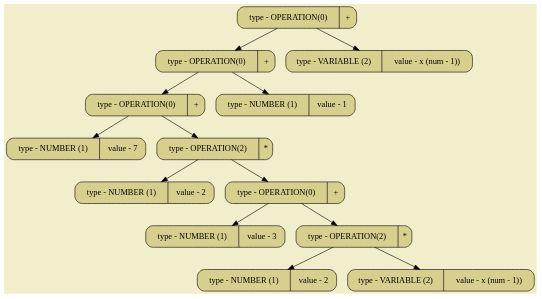
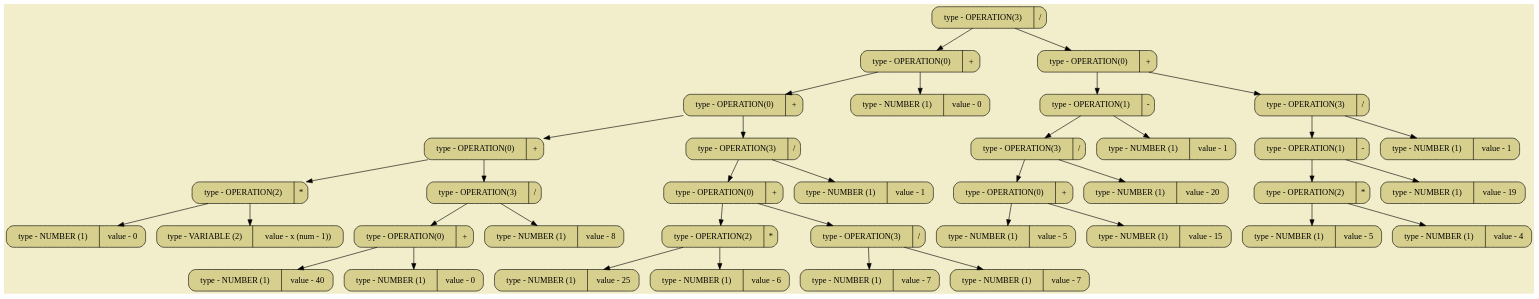
The diagram in pictures/image02.dot (SashaKhaytina/Differenciator), drawn with Graphviz before and after one commit. The commit also changed 17 other files, not shown here.

```diff
--- a/pictures/image02.dot
+++ b/pictures/image02.dot
@@ -1,30 +1,78 @@
 digraph
 {
 bgcolor="#F2EECB";
 rankdir = TB;
-POINT_0x59bed1ea46e8[shape=Mrecord, label = "type - OPERATION(0) | +", style="filled",fillcolor="#D7CF8D"]
-POINT_0x59bed1ea46b8[shape=Mrecord, label = "type - OPERATION(0) | +", style="filled",fillcolor="#D7CF8D"]
-POINT_0x59bed1ea4568[shape=Mrecord, label = "type - OPERATION(0) | +", style="filled",fillcolor="#D7CF8D"]
-POINT_0x59bed1ea44a8[shape=Mrecord, label = "type - NUMBER (1) | value - 7", style="filled",fillcolor="#D7CF8D"]
-POINT_0x59bed1ea4598[shape=Mrecord, label = "type - OPERATION(2) | *", style="filled",fillcolor="#D7CF8D"]
-POINT_0x59bed1ea4580[shape=Mrecord, label = "type - NUMBER (1) | value - 2", style="filled",fillcolor="#D7CF8D"]
-POINT_0x59bed1ea45e0[shape=Mrecord, label = "type - OPERATION(0) | +", style="filled",fillcolor="#D7CF8D"]
-POINT_0x59bed1ea45c8[shape=Mrecord, label = "type - NUMBER (1) | value - 3", style="filled",fillcolor="#D7CF8D"]
-POINT_0x59bed1ea4670[shape=Mrecord, label = "type - OPERATION(2) | *", style="filled",fillcolor="#D7CF8D"]
-POINT_0x59bed1ea4610[shape=Mrecord, label = "type - NUMBER (1) | value - 2", style="filled",fillcolor="#D7CF8D"]
-POINT_0x59bed1ea4688[shape=Mrecord, label = "type - VARIABLE (2) | value - x (num - 1))", style="filled",fillcolor="#D7CF8D"]
-POINT_0x59bed1ea46d0[shape=Mrecord, label = "type - NUMBER (1) | value - 1", style="filled",fillcolor="#D7CF8D"]
-POINT_0x59bed1ea4700[shape=Mrecord, label = "type - VARIABLE (2) | value - x (num - 1))", style="filled",fillcolor="#D7CF8D"]
-POINT_0x59bed1ea46e8 -> POINT_0x59bed1ea46b8
-POINT_0x59bed1ea46e8 -> POINT_0x59bed1ea4700
-POINT_0x59bed1ea46b8 -> POINT_0x59bed1ea4568
-POINT_0x59bed1ea46b8 -> POINT_0x59bed1ea46d0
-POINT_0x59bed1ea4568 -> POINT_0x59bed1ea44a8
-POINT_0x59bed1ea4568 -> POINT_0x59bed1ea4598
-POINT_0x59bed1ea4598 -> POINT_0x59bed1ea4580
-POINT_0x59bed1ea4598 -> POINT_0x59bed1ea45e0
-POINT_0x59bed1ea45e0 -> POINT_0x59bed1ea45c8
-POINT_0x59bed1ea45e0 -> POINT_0x59bed1ea4670
-POINT_0x59bed1ea4670 -> POINT_0x59bed1ea4610
-POINT_0x59bed1ea4670 -> POINT_0x59bed1ea4688
+POINT_0x6473e1ca3718[shape=Mrecord, label = "type - OPERATION(3) | /", style="filled",fillcolor="#D7CF8D"]
+POINT_0x6473e1ca36d0[shape=Mrecord, label = "type - OPERATION(0) | +", style="filled",fillcolor="#D7CF8D"]
+POINT_0x6473e1ca35b0[shape=Mrecord, label = "type - OPERATION(0) | +", style="filled",fillcolor="#D7CF8D"]
+POINT_0x6473e1ca34f0[shape=Mrecord, label = "type - OPERATION(0) | +", style="filled",fillcolor="#D7CF8D"]
+POINT_0x6473e1ca34c0[shape=Mrecord, label = "type - OPERATION(2) | *", style="filled",fillcolor="#D7CF8D"]
+POINT_0x6473e1ca34a8[shape=Mrecord, label = "type - NUMBER (1) | value - 0", style="filled",fillcolor="#D7CF8D"]
+POINT_0x6473e1ca34d8[shape=Mrecord, label = "type - VARIABLE (2) | value - x (num - 1))", style="filled",fillcolor="#D7CF8D"]
+POINT_0x6473e1ca3580[shape=Mrecord, label = "type - OPERATION(3) | /", style="filled",fillcolor="#D7CF8D"]
+POINT_0x6473e1ca3538[shape=Mrecord, label = "type - OPERATION(0) | +", style="filled",fillcolor="#D7CF8D"]
+POINT_0x6473e1ca3520[shape=Mrecord, label = "type - NUMBER (1) | value - 40", style="filled",fillcolor="#D7CF8D"]
+POINT_0x6473e1ca3550[shape=Mrecord, label = "type - NUMBER (1) | value - 0", style="filled",fillcolor="#D7CF8D"]
+POINT_0x6473e1ca3598[shape=Mrecord, label = "type - NUMBER (1) | value - 8", style="filled",fillcolor="#D7CF8D"]
+POINT_0x6473e1ca36a0[shape=Mrecord, label = "type - OPERATION(3) | /", style="filled",fillcolor="#D7CF8D"]
+POINT_0x6473e1ca3628[shape=Mrecord, label = "type - OPERATION(0) | +", style="filled",fillcolor="#D7CF8D"]
+POINT_0x6473e1ca35f8[shape=Mrecord, label = "type - OPERATION(2) | *", style="filled",fillcolor="#D7CF8D"]
+POINT_0x6473e1ca35e0[shape=Mrecord, label = "type - NUMBER (1) | value - 25", style="filled",fillcolor="#D7CF8D"]
+POINT_0x6473e1ca3610[shape=Mrecord, label = "type - NUMBER (1) | value - 6", style="filled",fillcolor="#D7CF8D"]
+POINT_0x6473e1ca3658[shape=Mrecord, label = "type - OPERATION(3) | /", style="filled",fillcolor="#D7CF8D"]
+POINT_0x6473e1ca3640[shape=Mrecord, label = "type - NUMBER (1) | value - 7", style="filled",fillcolor="#D7CF8D"]
+POINT_0x6473e1ca3670[shape=Mrecord, label = "type - NUMBER (1) | value - 7", style="filled",fillcolor="#D7CF8D"]
+POINT_0x6473e1ca36b8[shape=Mrecord, label = "type - NUMBER (1) | value - 1", style="filled",fillcolor="#D7CF8D"]
+POINT_0x6473e1ca36e8[shape=Mrecord, label = "type - NUMBER (1) | value - 0", style="filled",fillcolor="#D7CF8D"]
+POINT_0x6473e1ca3820[shape=Mrecord, label = "type - OPERATION(0) | +", style="filled",fillcolor="#D7CF8D"]
+POINT_0x6473e1ca37f0[shape=Mrecord, label = "type - OPERATION(1) | -", style="filled",fillcolor="#D7CF8D"]
+POINT_0x6473e1ca37c0[shape=Mrecord, label = "type - OPERATION(3) | /", style="filled",fillcolor="#D7CF8D"]
+POINT_0x6473e1ca3778[shape=Mrecord, label = "type - OPERATION(0) | +", style="filled",fillcolor="#D7CF8D"]
+POINT_0x6473e1ca3760[shape=Mrecord, label = "type - NUMBER (1) | value - 5", style="filled",fillcolor="#D7CF8D"]
+POINT_0x6473e1ca3790[shape=Mrecord, label = "type - NUMBER (1) | value - 15", style="filled",fillcolor="#D7CF8D"]
+POINT_0x6473e1ca37d8[shape=Mrecord, label = "type - NUMBER (1) | value - 20", style="filled",fillcolor="#D7CF8D"]
+POINT_0x6473e1ca3808[shape=Mrecord, label = "type - NUMBER (1) | value - 1", style="filled",fillcolor="#D7CF8D"]
+POINT_0x6473e1ca38e0[shape=Mrecord, label = "type - OPERATION(3) | /", style="filled",fillcolor="#D7CF8D"]
+POINT_0x6473e1ca3898[shape=Mrecord, label = "type - OPERATION(1) | -", style="filled",fillcolor="#D7CF8D"]
+POINT_0x6473e1ca3868[shape=Mrecord, label = "type - OPERATION(2) | *", style="filled",fillcolor="#D7CF8D"]
+POINT_0x6473e1ca3850[shape=Mrecord, label = "type - NUMBER (1) | value - 5", style="filled",fillcolor="#D7CF8D"]
+POINT_0x6473e1ca3880[shape=Mrecord, label = "type - NUMBER (1) | value - 4", style="filled",fillcolor="#D7CF8D"]
+POINT_0x6473e1ca38b0[shape=Mrecord, label = "type - NUMBER (1) | value - 19", style="filled",fillcolor="#D7CF8D"]
+POINT_0x6473e1ca38f8[shape=Mrecord, label = "type - NUMBER (1) | value - 1", style="filled",fillcolor="#D7CF8D"]
+POINT_0x6473e1ca3718 -> POINT_0x6473e1ca36d0
+POINT_0x6473e1ca3718 -> POINT_0x6473e1ca3820
+POINT_0x6473e1ca36d0 -> POINT_0x6473e1ca35b0
+POINT_0x6473e1ca36d0 -> POINT_0x6473e1ca36e8
+POINT_0x6473e1ca35b0 -> POINT_0x6473e1ca34f0
+POINT_0x6473e1ca35b0 -> POINT_0x6473e1ca36a0
+POINT_0x6473e1ca34f0 -> POINT_0x6473e1ca34c0
+POINT_0x6473e1ca34f0 -> POINT_0x6473e1ca3580
+POINT_0x6473e1ca34c0 -> POINT_0x6473e1ca34a8
+POINT_0x6473e1ca34c0 -> POINT_0x6473e1ca34d8
+POINT_0x6473e1ca3580 -> POINT_0x6473e1ca3538
+POINT_0x6473e1ca3580 -> POINT_0x6473e1ca3598
+POINT_0x6473e1ca3538 -> POINT_0x6473e1ca3520
+POINT_0x6473e1ca3538 -> POINT_0x6473e1ca3550
+POINT_0x6473e1ca36a0 -> POINT_0x6473e1ca3628
+POINT_0x6473e1ca36a0 -> POINT_0x6473e1ca36b8
+POINT_0x6473e1ca3628 -> POINT_0x6473e1ca35f8
+POINT_0x6473e1ca3628 -> POINT_0x6473e1ca3658
+POINT_0x6473e1ca35f8 -> POINT_0x6473e1ca35e0
+POINT_0x6473e1ca35f8 -> POINT_0x6473e1ca3610
+POINT_0x6473e1ca3658 -> POINT_0x6473e1ca3640
+POINT_0x6473e1ca3658 -> POINT_0x6473e1ca3670
+POINT_0x6473e1ca3820 -> POINT_0x6473e1ca37f0
+POINT_0x6473e1ca3820 -> POINT_0x6473e1ca38e0
+POINT_0x6473e1ca37f0 -> POINT_0x6473e1ca37c0
+POINT_0x6473e1ca37f0 -> POINT_0x6473e1ca3808
+POINT_0x6473e1ca37c0 -> POINT_0x6473e1ca3778
+POINT_0x6473e1ca37c0 -> POINT_0x6473e1ca37d8
+POINT_0x6473e1ca3778 -> POINT_0x6473e1ca3760
+POINT_0x6473e1ca3778 -> POINT_0x6473e1ca3790
+POINT_0x6473e1ca38e0 -> POINT_0x6473e1ca3898
+POINT_0x6473e1ca38e0 -> POINT_0x6473e1ca38f8
+POINT_0x6473e1ca3898 -> POINT_0x6473e1ca3868
+POINT_0x6473e1ca3898 -> POINT_0x6473e1ca38b0
+POINT_0x6473e1ca3868 -> POINT_0x6473e1ca3850
+POINT_0x6473e1ca3868 -> POINT_0x6473e1ca3880
 }
```
